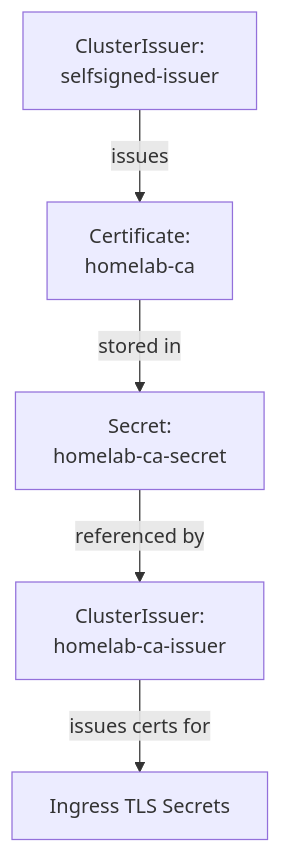
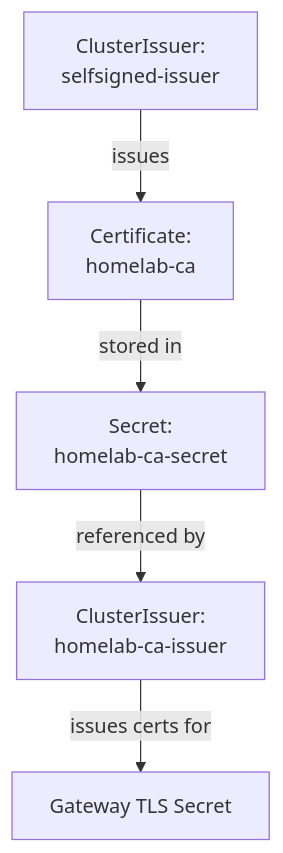
One commit to kyleseneker/homelab changed the second of 3 diagrams in docs/architecture/networking.md. Above: the diagram before and after it, drawn with Mermaid. The commit also changed other lines of this file and 42 other files, not shown here.

````diff
--- a/docs/architecture/networking.md
+++ b/docs/architecture/networking.md
@@ -48,7 +64,7 @@
 ```mermaid
 flowchart TD
     selfSignedIssuer["ClusterIssuer:\nselfsigned-issuer"] -->|"issues"| caCert["Certificate:\nhomelab-ca"]
     caCert -->|"stored in"| caSecret["Secret:\nhomelab-ca-secret"]
     caSecret -->|"referenced by"| caIssuer["ClusterIssuer:\nhomelab-ca-issuer"]
-    caIssuer -->|"issues certs for"| ingressTLS["Ingress TLS Secrets"]
+    caIssuer -->|"issues certs for"| gatewayTLS["Gateway TLS Secret"]
 ```
````
